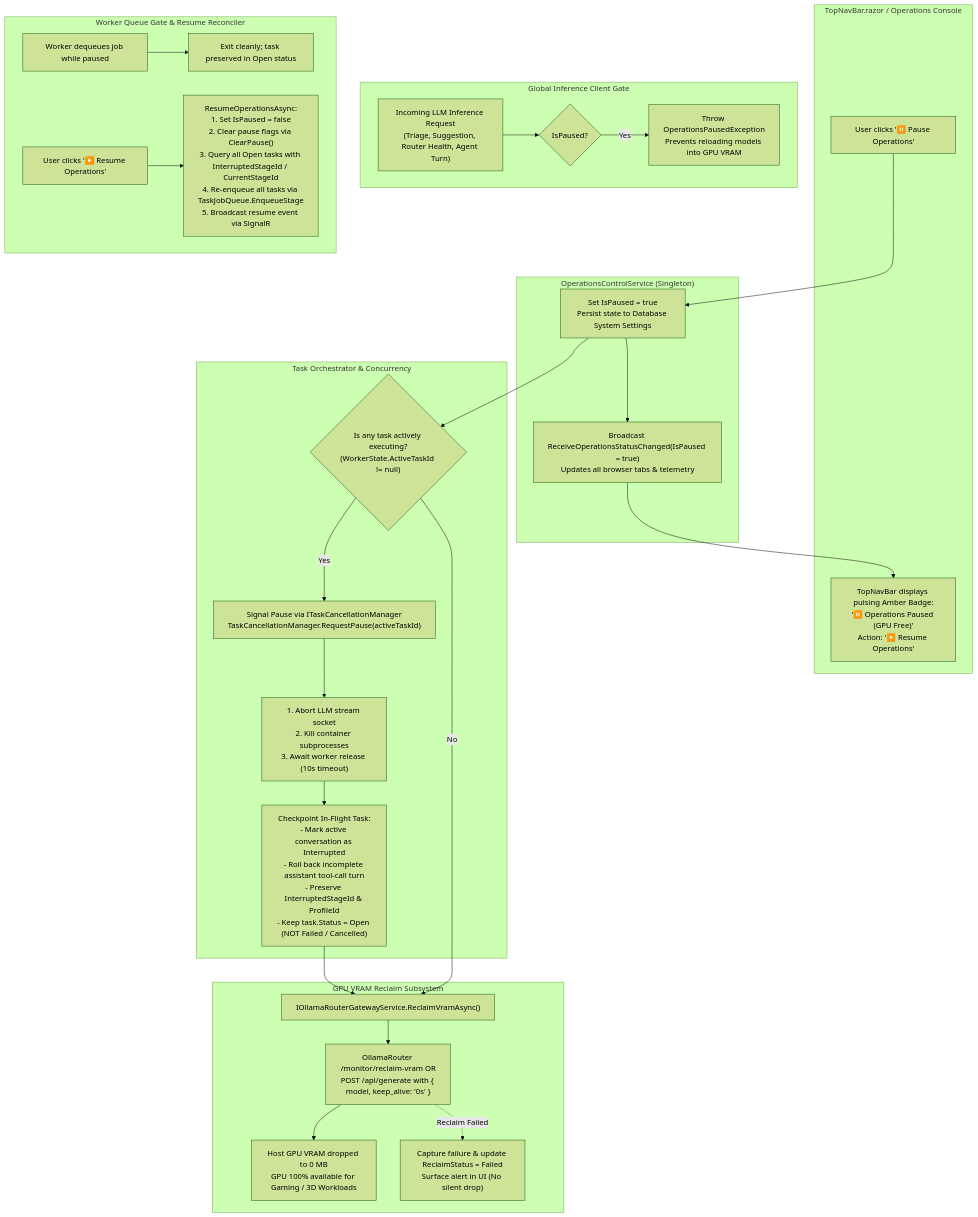
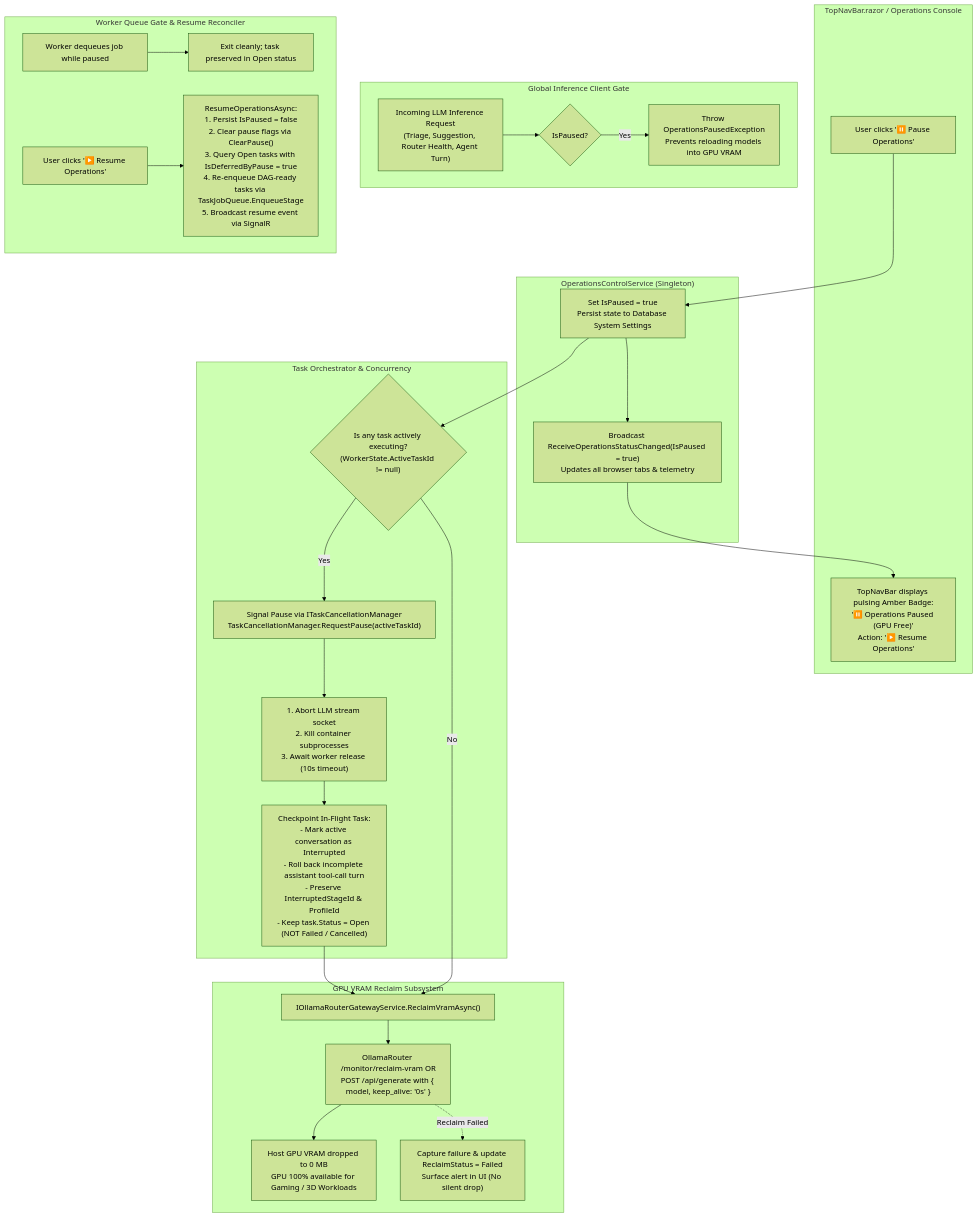
Before and after one commit to jetelain/NightCodeForge: the diagram in docs/plan/phase-11/STEP_11_29_GLOBAL_OPERATIONS_PAUSE_AND_GPU_VRAM_RECLAMATION.md, drawn with Mermaid (forest theme). The commit also changed other lines of this file and 61 other files, not shown here.

Commit message:
Step 11.29: Global Operations Pause & GPU VRAM Eviction (Gamer / Dedicated Workload Mode)

````diff
--- a/docs/plan/phase-11/STEP_11_29_GLOBAL_OPERATIONS_PAUSE_AND_GPU_VRAM_RECLAMATION.md
+++ b/docs/plan/phase-11/STEP_11_29_GLOBAL_OPERATIONS_PAUSE_AND_GPU_VRAM_RECLAMATION.md
@@ -39,58 +39,58 @@
 ```mermaid
 flowchart TD
     subgraph UI ["TopNavBar.razor / Operations Console"]
         UserAction["User clicks '⏸️ Pause Operations'"]
         ActiveBadge["TopNavBar displays pulsing Amber Badge:<br/>'⏸️ Operations Paused (GPU Free)'<br/>Action: '▶️ Resume Operations'"]
     end
 
     subgraph OperationsControl ["OperationsControlService (Singleton)"]
         SetState["Set IsPaused = true<br/>Persist state to Database System Settings"]
         BroadcastSignalR["Broadcast ReceiveOperationsStatusChanged(IsPaused = true)<br/>Updates all browser tabs & telemetry"]
     end
 
     subgraph TaskSuspension ["Task Orchestrator & Concurrency"]
         CheckActive{"Is any task actively executing?<br/>(WorkerState.ActiveTaskId != null)"}
         SignalPause["Signal Pause via ITaskCancellationManager<br/>TaskCancellationManager.RequestPause(activeTaskId)"]
         TeardownSocket["1. Abort LLM stream socket<br/>2. Kill container subprocesses<br/>3. Await worker release (10s timeout)"]
         CheckpointTask["Checkpoint In-Flight Task:<br/>- Mark active conversation as Interrupted<br/>- Roll back incomplete assistant tool-call turn<br/>- Preserve InterruptedStageId & ProfileId<br/>- Keep task.Status = Open (NOT Failed / Cancelled)"]
     end
 
     subgraph VramEviction ["GPU VRAM Reclaim Subsystem"]
         TriggerReclaim["IOllamaRouterGatewayService.ReclaimVramAsync()"]
         UnloadModels["OllamaRouter /monitor/reclaim-vram OR<br/>POST /api/generate with { model, keep_alive: '0s' }"]
         FreeGPU["Host GPU VRAM dropped to 0 MB<br/>GPU 100% available for Gaming / 3D Workloads"]
         ReclaimFail["Capture failure & update ReclaimStatus = Failed<br/>Surface alert in UI (No silent drop)"]
     end
 
     subgraph InferenceGate ["Global Inference Client Gate"]
         InferenceReq["Incoming LLM Inference Request<br/>(Triage, Suggestion, Router Health, Agent Turn)"]
         CheckGate{"IsPaused?"}
         BlockInference["Throw OperationsPausedException<br/>Prevents reloading models into GPU VRAM"]
     end
 
     subgraph WorkerGateAndResume ["Worker Queue Gate & Resume Reconciler"]
         WorkerPoll["Worker dequeues job while paused"]
         DeferJob["Exit cleanly; task preserved in Open status"]
         UserResume["User clicks '▶️ Resume Operations'"]
-        ReconcileResume["ResumeOperationsAsync:<br/>1. Set IsPaused = false<br/>2. Clear pause flags via ClearPause()<br/>3. Query all Open tasks with InterruptedStageId / CurrentStageId<br/>4. Re-enqueue all tasks via TaskJobQueue.EnqueueStage<br/>5. Broadcast resume event via SignalR"]
+        ReconcileResume["ResumeOperationsAsync:<br/>1. Persist IsPaused = false<br/>2. Clear pause flags via ClearPause()<br/>3. Query Open tasks with IsDeferredByPause = true<br/>4. Re-enqueue DAG-ready tasks via TaskJobQueue.EnqueueStage<br/>5. Broadcast resume event via SignalR"]
     end
 
     UserAction --> SetState
     SetState --> BroadcastSignalR
     BroadcastSignalR --> ActiveBadge
     SetState --> CheckActive
     CheckActive -- Yes --> SignalPause
     SignalPause --> TeardownSocket
     TeardownSocket --> CheckpointTask
     CheckpointTask --> TriggerReclaim
     CheckActive -- No --> TriggerReclaim
     TriggerReclaim --> UnloadModels
     UnloadModels --> FreeGPU
     UnloadModels -. Reclaim Failed .-> ReclaimFail
 
     InferenceReq --> CheckGate
     CheckGate -- Yes --> BlockInference
 
     WorkerPoll --> DeferJob
     UserResume --> ReconcileResume
 ```
````
